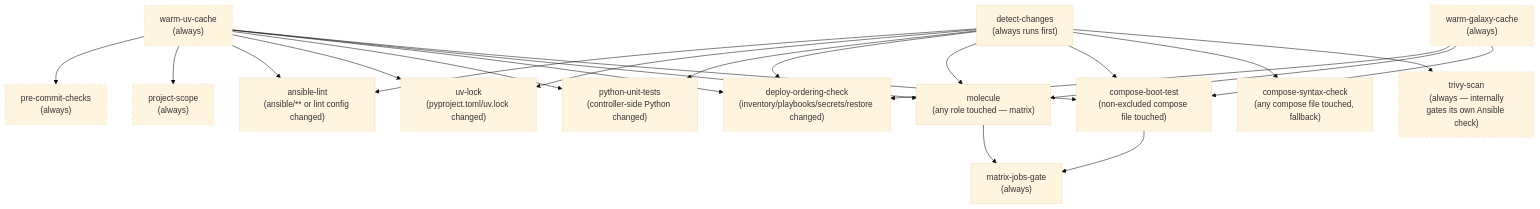
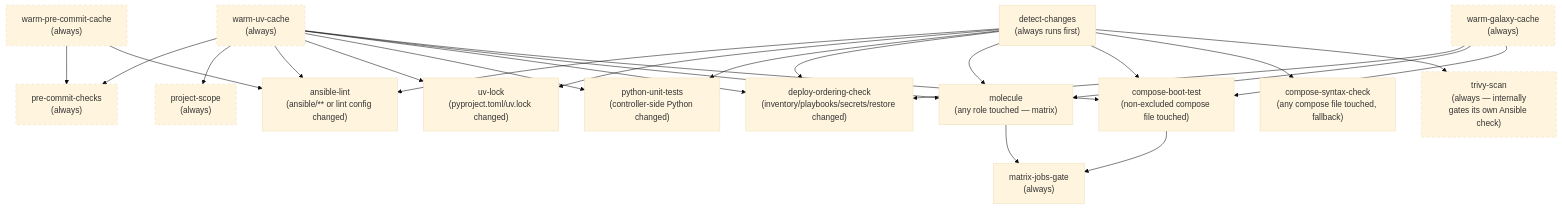
One commit to wenenhoe/homelab changed the diagram in docs/ci.md. Above: the diagram before and after it, drawn with Mermaid (base theme). The commit also changed other lines of this file and 2 other files, not shown here.

Commit message:
feat: Add warm cache for precommit

````diff
--- a/docs/ci.md
+++ b/docs/ci.md
@@ -82,30 +83,33 @@
 ```mermaid
 flowchart TD
     detect["detect-changes<br/>(always runs first)"]
     warmuv["warm-uv-cache<br/>(always)"]
     warmgalaxy["warm-galaxy-cache<br/>(always)"]
+    warmprecommit["warm-pre-commit-cache<br/>(always)"]
     precommit["pre-commit-checks<br/>(always)"]
     scope["project-scope<br/>(always)"]
     trivy["trivy-scan<br/>(always — internally<br/>gates its own Ansible check)"]
     lint["ansible-lint<br/>(ansible/** or lint config changed)"]
     uvlock["uv-lock<br/>(pyproject.toml/uv.lock changed)"]
     pytest["python-unit-tests<br/>(controller-side Python changed)"]
     deployorder["deploy-ordering-check<br/>(inventory/playbooks/secrets/restore changed)"]
     molecule["molecule<br/>(any role touched — matrix)"]
     boottest["compose-boot-test<br/>(non-excluded compose file touched)"]
     synchk["compose-syntax-check<br/>(any compose file touched, fallback)"]
     gate["matrix-jobs-gate<br/>(always)"]
 
     detect --> lint & uvlock & pytest & deployorder & molecule & boottest & synchk
     detect --> trivy
     warmuv --> precommit & scope & lint & uvlock & pytest & deployorder & molecule & boottest
     warmgalaxy --> deployorder & molecule & boottest
+    warmprecommit --> precommit & lint
     molecule --> gate
     boottest --> gate
 
     style precommit stroke-dasharray: 5 5
     style scope stroke-dasharray: 5 5
     style trivy stroke-dasharray: 5 5
     style warmuv stroke-dasharray: 5 5
     style warmgalaxy stroke-dasharray: 5 5
+    style warmprecommit stroke-dasharray: 5 5
 ```
````
